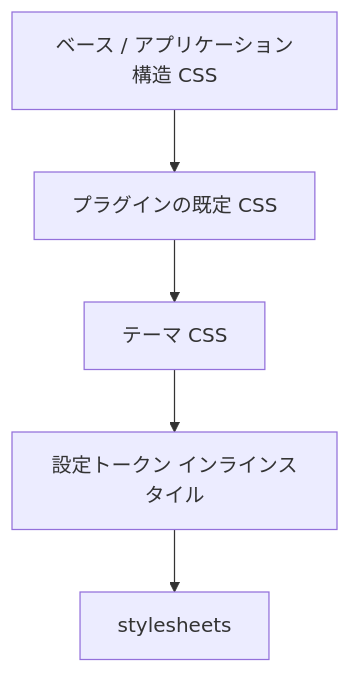
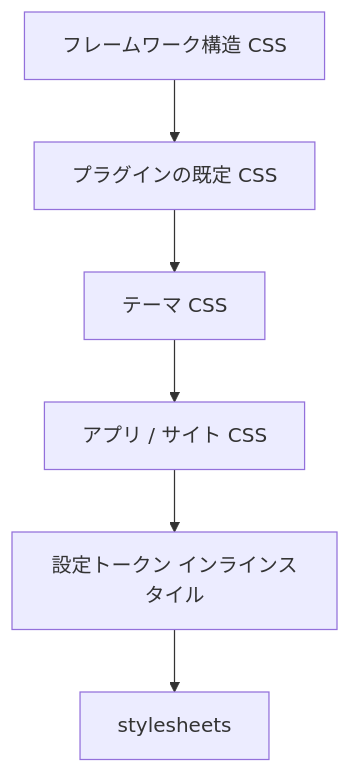
The diagram in docs/docs/glossary/css-contract.ja.md (Rerurate514/riebeckite), drawn with Mermaid before and after one commit. The commit also changed other lines of this file and 36 other files, not shown here.

````diff
--- a/docs/docs/glossary/css-contract.ja.md
+++ b/docs/docs/glossary/css-contract.ja.md
@@ -20,12 +20,14 @@
 ```mermaid
 flowchart TD
-  Base[ベース / アプリケーション構造 CSS]
+  Framework[フレームワーク構造 CSS]
   Plugin[プラグインの既定 CSS]
   Theme[テーマ CSS]
+  App[アプリ / サイト CSS]
   Token[設定トークン インラインスタイル]
   User[stylesheets]
-  Base --> Plugin
+  Framework --> Plugin
   Plugin --> Theme
-  Theme --> Token
+  Theme --> App
+  App --> Token
   Token --> User
 ```
````
